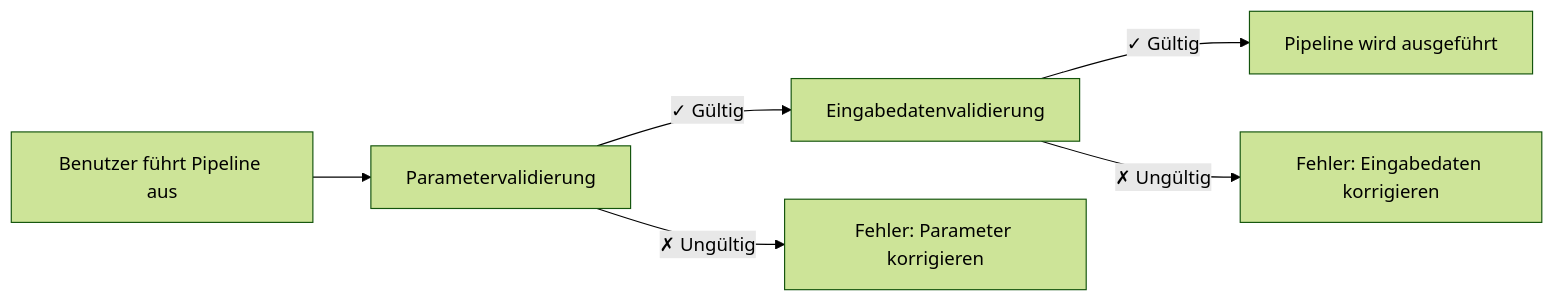
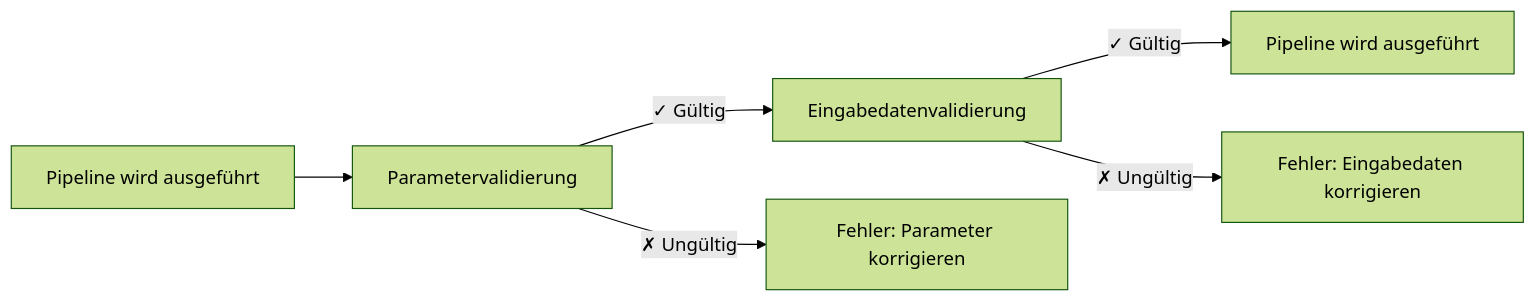
Before and after one commit to nextflow-io/training: the diagram in docs/de/docs/hello_nf-core/05_input_validation.md, drawn with Mermaid (forest theme). The commit also changed other lines of this file and 28 other files, not shown here.

````diff
--- a/docs/de/docs/hello_nf-core/05_input_validation.md
+++ b/docs/de/docs/hello_nf-core/05_input_validation.md
@@ -126,8 +126,8 @@
 ```mermaid
 graph LR
-    A[Benutzer führt Pipeline aus] --> B[Parametervalidierung]
+    A[Pipeline wird ausgeführt] --> B[Parametervalidierung]
     B -->|✓ Gültig| C[Eingabedatenvalidierung]
     B -->|✗ Ungültig| D[Fehler: Parameter korrigieren]
     C -->|✓ Gültig| E[Pipeline wird ausgeführt]
     C -->|✗ Ungültig| F[Fehler: Eingabedaten korrigieren]
 ```
````
